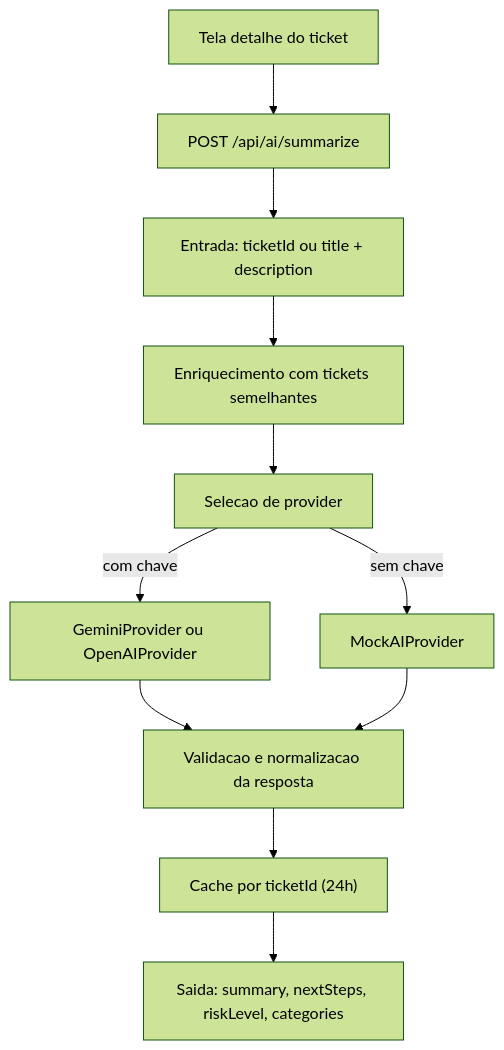
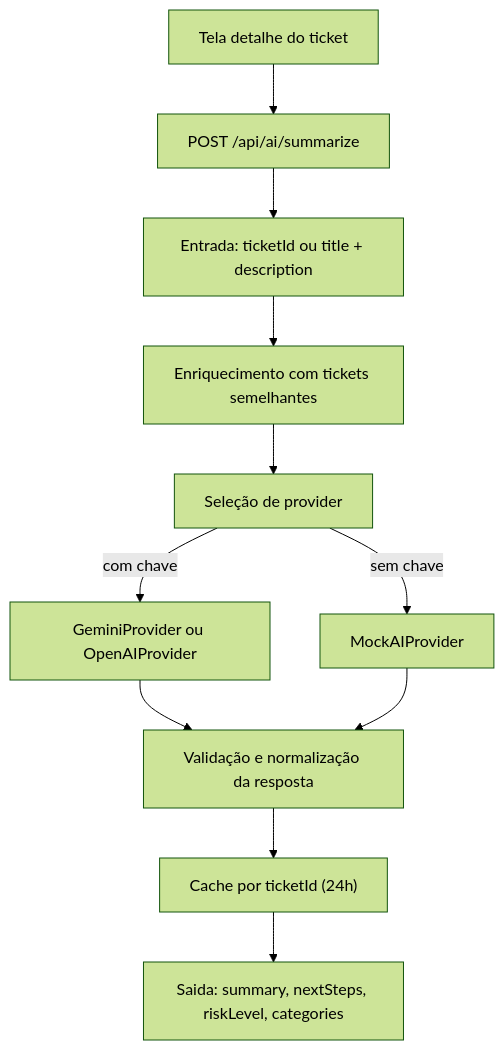
The fourth of 4 diagrams in README.md (JPFerreira96/ops-copilot), drawn with Mermaid (forest theme) before and after one commit. The commit also changed other lines of this file, not shown here.

````diff
--- a/README.md
+++ b/README.md
@@ -93,13 +93,13 @@
 ```mermaid
 flowchart TD
     n1["Tela detalhe do ticket"] --> n2["POST /api/ai/summarize"]
     n2 --> n3["Entrada: ticketId ou title + description"]
     n3 --> n4["Enriquecimento com tickets semelhantes"]
-    n4 --> n5["Selecao de provider"]
+    n4 --> n5["Seleção de provider"]
     n5 -->|com chave| n6["GeminiProvider ou OpenAIProvider"]
     n5 -->|sem chave| n7["MockAIProvider"]
-    n6 --> n8["Validacao e normalizacao da resposta"]
+    n6 --> n8["Validação e normalização da resposta"]
     n7 --> n8
     n8 --> n9["Cache por ticketId (24h)"]
     n9 --> n10["Saida: summary, nextSteps, riskLevel, categories"]
 ```
````
